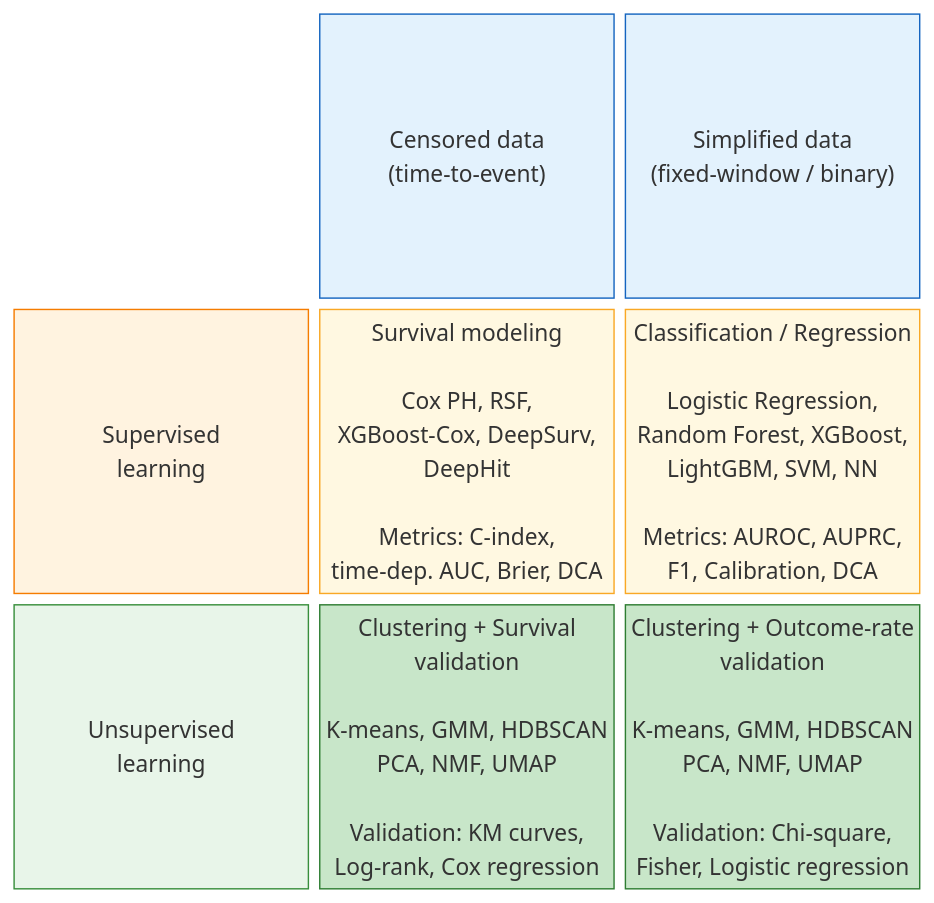
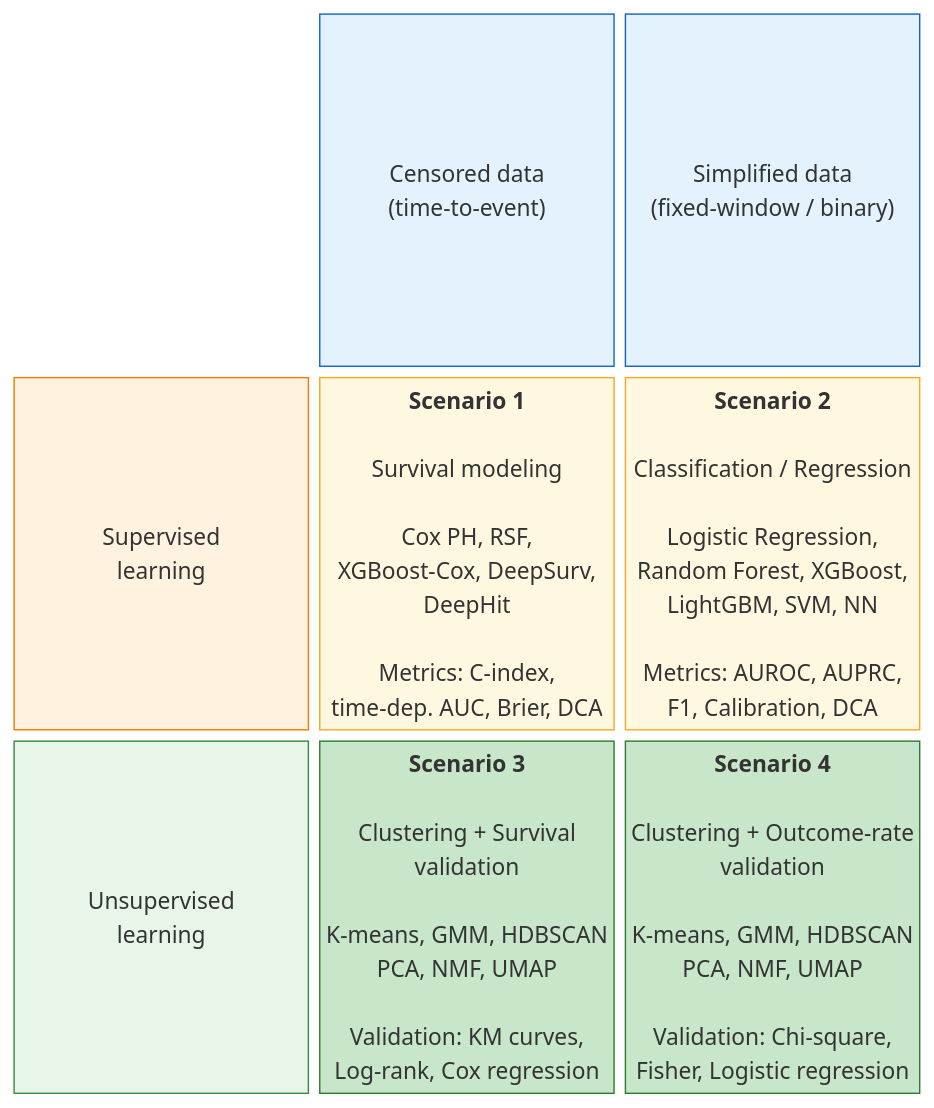
One commit to jurij-ch/liver_paper_2026 changed the diagram in chapter6_matrix.mermaid. Above: the diagram before and after it, drawn with Mermaid. The commit also changed 1 other file, not shown here.

```diff
--- a/chapter6_matrix.mermaid
+++ b/chapter6_matrix.mermaid
@@ -1,17 +1,17 @@
 block-beta
     columns 3
 
     space:1 COL1["Censored data\n(time-to-event)"]:1 COL2["Simplified data\n(fixed-window / binary)"]:1
 
-    ROW1["Supervised\nlearning"]:1 CELL1["Survival modeling\n\nCox PH, RSF,\nXGBoost-Cox, DeepSurv,\nDeepHit\n\nMetrics: C-index,\ntime-dep. AUC, Brier, DCA"]:1 CELL2["Classification / Regression\n\nLogistic Regression,\nRandom Forest, XGBoost,\nLightGBM, SVM, NN\n\nMetrics: AUROC, AUPRC,\nF1, Calibration, DCA"]:1
+    ROW1["Supervised\nlearning"]:1 CELL1["<b>Scenario 1</b>\n\nSurvival modeling\n\nCox PH, RSF,\nXGBoost-Cox, DeepSurv,\nDeepHit\n\nMetrics: C-index,\ntime-dep. AUC, Brier, DCA"]:1 CELL2["<b>Scenario 2</b>\n\nClassification / Regression\n\nLogistic Regression,\nRandom Forest, XGBoost,\nLightGBM, SVM, NN\n\nMetrics: AUROC, AUPRC,\nF1, Calibration, DCA"]:1
 
-    ROW2["Unsupervised\nlearning"]:1 CELL3["Clustering + Survival\nvalidation\n\nK-means, GMM, HDBSCAN\nPCA, NMF, UMAP\n\nValidation: KM curves,\nLog-rank, Cox regression"]:1 CELL4["Clustering + Outcome-rate\nvalidation\n\nK-means, GMM, HDBSCAN\nPCA, NMF, UMAP\n\nValidation: Chi-square,\nFisher, Logistic regression"]:1
+    ROW2["Unsupervised\nlearning"]:1 CELL3["<b>Scenario 3</b>\n\nClustering + Survival\nvalidation\n\nK-means, GMM, HDBSCAN\nPCA, NMF, UMAP\n\nValidation: KM curves,\nLog-rank, Cox regression"]:1 CELL4["<b>Scenario 4</b>\n\nClustering + Outcome-rate\nvalidation\n\nK-means, GMM, HDBSCAN\nPCA, NMF, UMAP\n\nValidation: Chi-square,\nFisher, Logistic regression"]:1
 
     style COL1 fill:#e3f2fd,stroke:#1565c0
     style COL2 fill:#e3f2fd,stroke:#1565c0
     style ROW1 fill:#fff3e0,stroke:#f57c00
     style ROW2 fill:#e8f5e9,stroke:#388e3c
     style CELL1 fill:#fff8e1,stroke:#f9a825
     style CELL2 fill:#fff8e1,stroke:#f9a825
     style CELL3 fill:#c8e6c9,stroke:#2e7d32
     style CELL4 fill:#c8e6c9,stroke:#2e7d32
```
